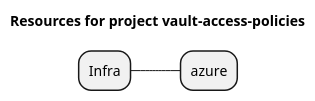
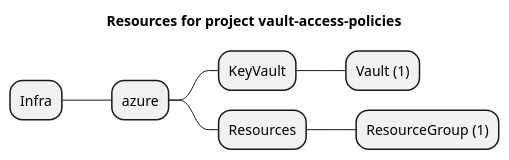
One commit to grucloud/grucloud changed the diagram in examples/azure/KeyVault/vault-access-policies/artifacts/resources-mindmap.puml. Above: the diagram before and after it, drawn with PlantUML. The commit also changed 41 other files, not shown here.

Commit message:
key vault improvement, configDefault

```diff
--- a/examples/azure/KeyVault/vault-access-policies/artifacts/resources-mindmap.puml
+++ b/examples/azure/KeyVault/vault-access-policies/artifacts/resources-mindmap.puml
@@ -1,7 +1,10 @@
 @startmindmap
 title Resources for project vault-access-policies
 skinparam monochrome true
 + Infra
 ++ azure
-
++++ KeyVault
+++++ Vault (1)
++++ Resources
+++++ ResourceGroup (1)
 @endmindmap
```
